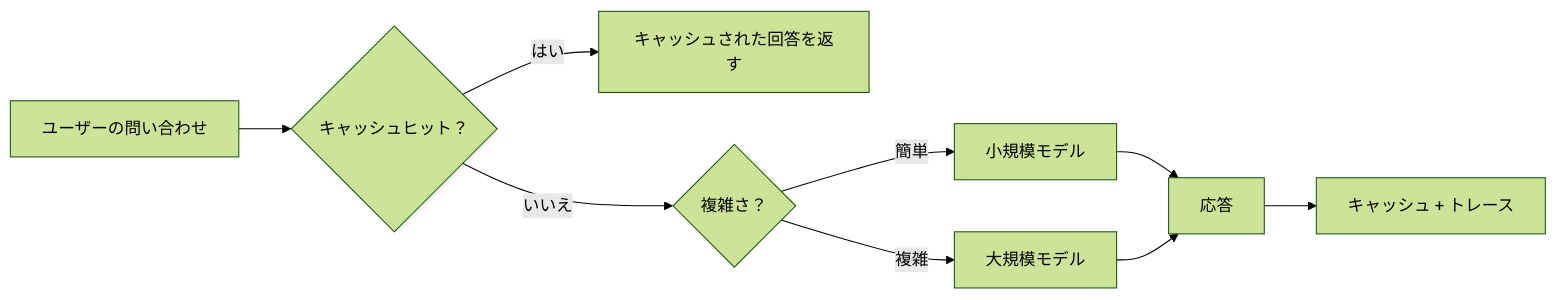
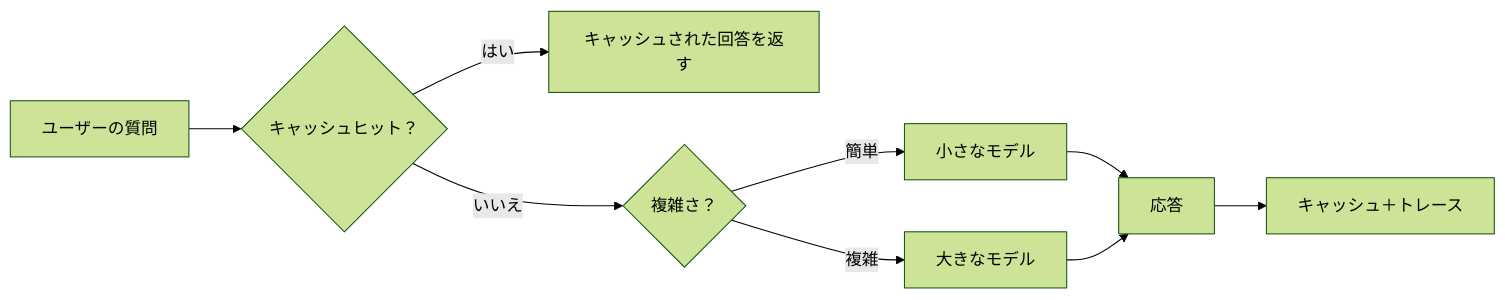
The third of 4 diagrams in translations/ja/16-deploying-scalable-agents/README.md (microsoft/ai-agents-for-beginners), drawn with Mermaid (forest theme) before and after one commit. The commit also changed other lines of this file and 46 other files, not shown here.

````diff
--- a/translations/ja/16-deploying-scalable-agents/README.md
+++ b/translations/ja/16-deploying-scalable-agents/README.md
@@ -134,11 +134,11 @@
 ```mermaid
 flowchart LR
-    Q[ユーザーの問い合わせ] --> C{キャッシュヒット？}
+    Q[ユーザーの質問] --> C{キャッシュヒット？}
     C -->|はい| R[キャッシュされた回答を返す]
     C -->|いいえ| Router{複雑さ？}
-    Router -->|簡単| SLM[小規模モデル]
-    Router -->|複雑| LLM[大規模モデル]
+    Router -->|簡単| SLM[小さなモデル]
+    Router -->|複雑| LLM[大きなモデル]
     SLM --> Out[応答]
     LLM --> Out
-    Out --> Store[キャッシュ + トレース]
+    Out --> Store[キャッシュ＋トレース]
 ```
````
